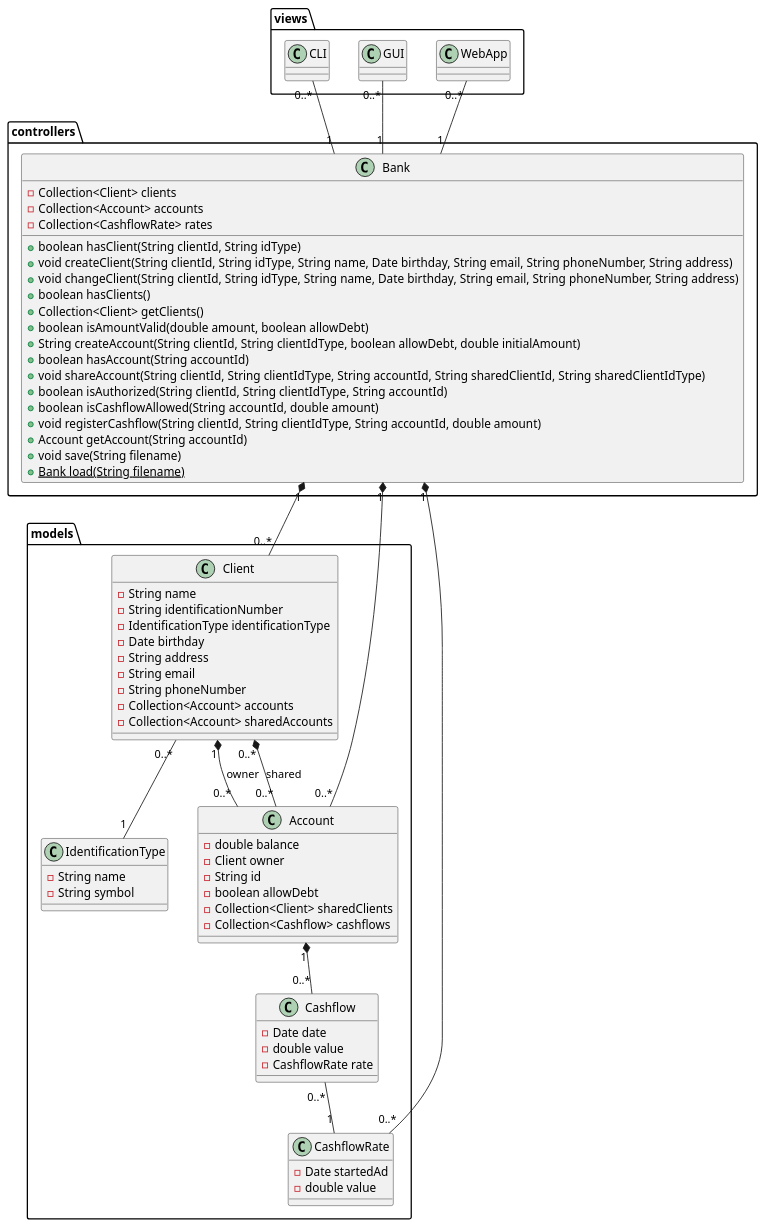
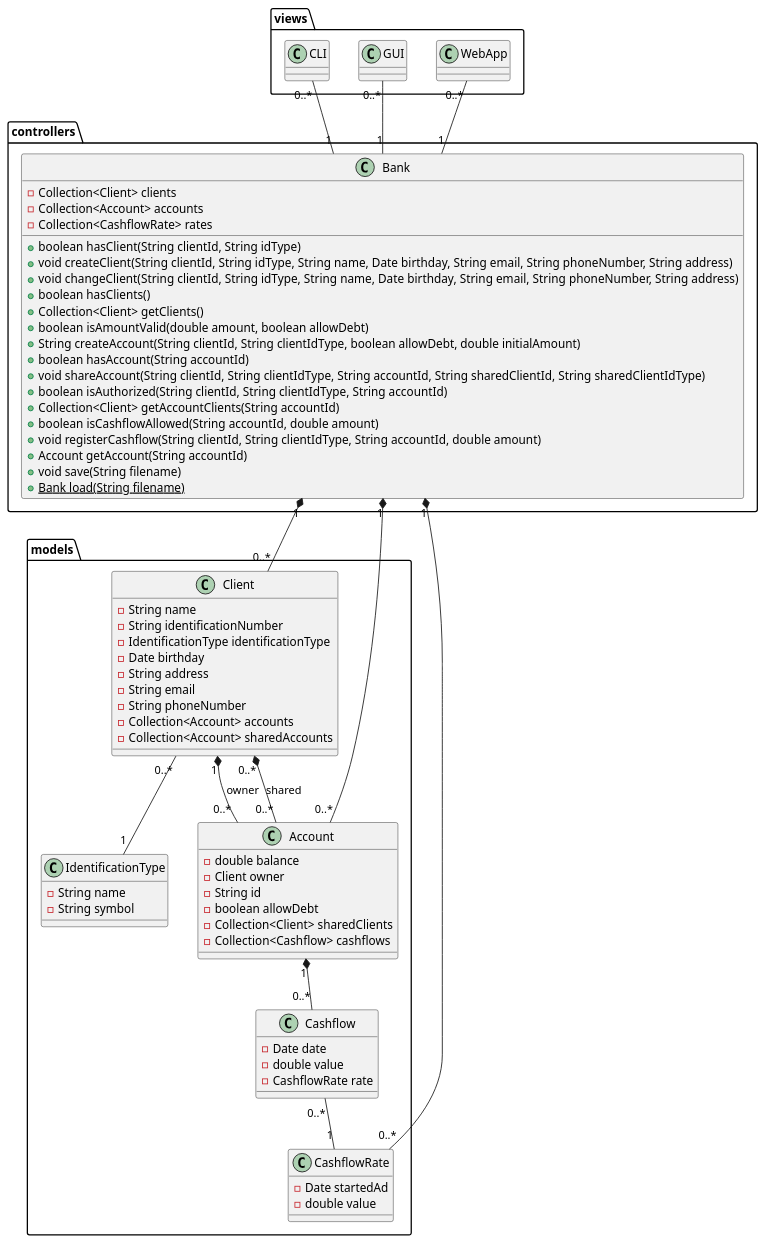
One commit to DiogoSilva23/POO-2021-2022-Lab-5 changed the diagram in diagrams/design.puml. Above: the diagram before and after it, drawn with PlantUML. The commit also changed 2 other files, not shown here.

```diff
--- a/diagrams/design.puml
+++ b/diagrams/design.puml
@@ -1,82 +1,83 @@
 @startuml
 package models {
     class Client {
         -String name
         -String identificationNumber
         -IdentificationType identificationType
         -Date birthday
         -String address
         -String email
         -String phoneNumber
         -Collection<Account> accounts
         -Collection<Account> sharedAccounts
     }
 
     class IdentificationType {
         -String name
         -String symbol
     }
 
     class Account {
         -double balance
         -Client owner
         -String id
         -boolean allowDebt
         -Collection<Client> sharedClients
         -Collection<Cashflow> cashflows
     }
 
     class Cashflow {
         -Date date
         -double value
         -CashflowRate rate
     }
 
     class CashflowRate {
         -Date startedAd
         -double value
     }
 
     Client "1" *-- "0..*" Account : owner
     Client "0..*" *-- "0..*" Account : shared
     Client "0..*" -- "1" IdentificationType
     Account "1" *-- "0..*" Cashflow
     Cashflow "0..*" -- "1" CashflowRate
 }
 
 package controllers {
     class Bank {
         -Collection<Client> clients
         -Collection<Account> accounts
         -Collection<CashflowRate> rates
         +boolean hasClient(String clientId, String idType)
         +void createClient(String clientId, String idType, String name, Date birthday, String email, String phoneNumber, String address)
         +void changeClient(String clientId, String idType, String name, Date birthday, String email, String phoneNumber, String address)
         +boolean hasClients()
         +Collection<Client> getClients()
         +boolean isAmountValid(double amount, boolean allowDebt)
         +String createAccount(String clientId, String clientIdType, boolean allowDebt, double initialAmount)
         +boolean hasAccount(String accountId)
         +void shareAccount(String clientId, String clientIdType, String accountId, String sharedClientId, String sharedClientIdType)
-        +boolean isAuthorized(String clientId, String clientIdType, String accountId)   
+        +boolean isAuthorized(String clientId, String clientIdType, String accountId)
+        +Collection<Client> getAccountClients(String accountId)
         +boolean isCashflowAllowed(String accountId, double amount)
         +void registerCashflow(String clientId, String clientIdType, String accountId, double amount)
         +Account getAccount(String accountId)
         +void save(String filename)
         +{static}Bank load(String filename)
     }
     Bank "1" *-- "0..*" Client
     Bank "1" *-- "0..*" Account
     Bank "1" *-- "0..*" CashflowRate
 }
 
 package views {
     class CLI
     class GUI
     class WebApp
 }
 
 CLI "0..*" -- "1" Bank
 WebApp "0..*" -- "1" Bank
 GUI "0..*" -- "1" Bank
 @enduml
```
